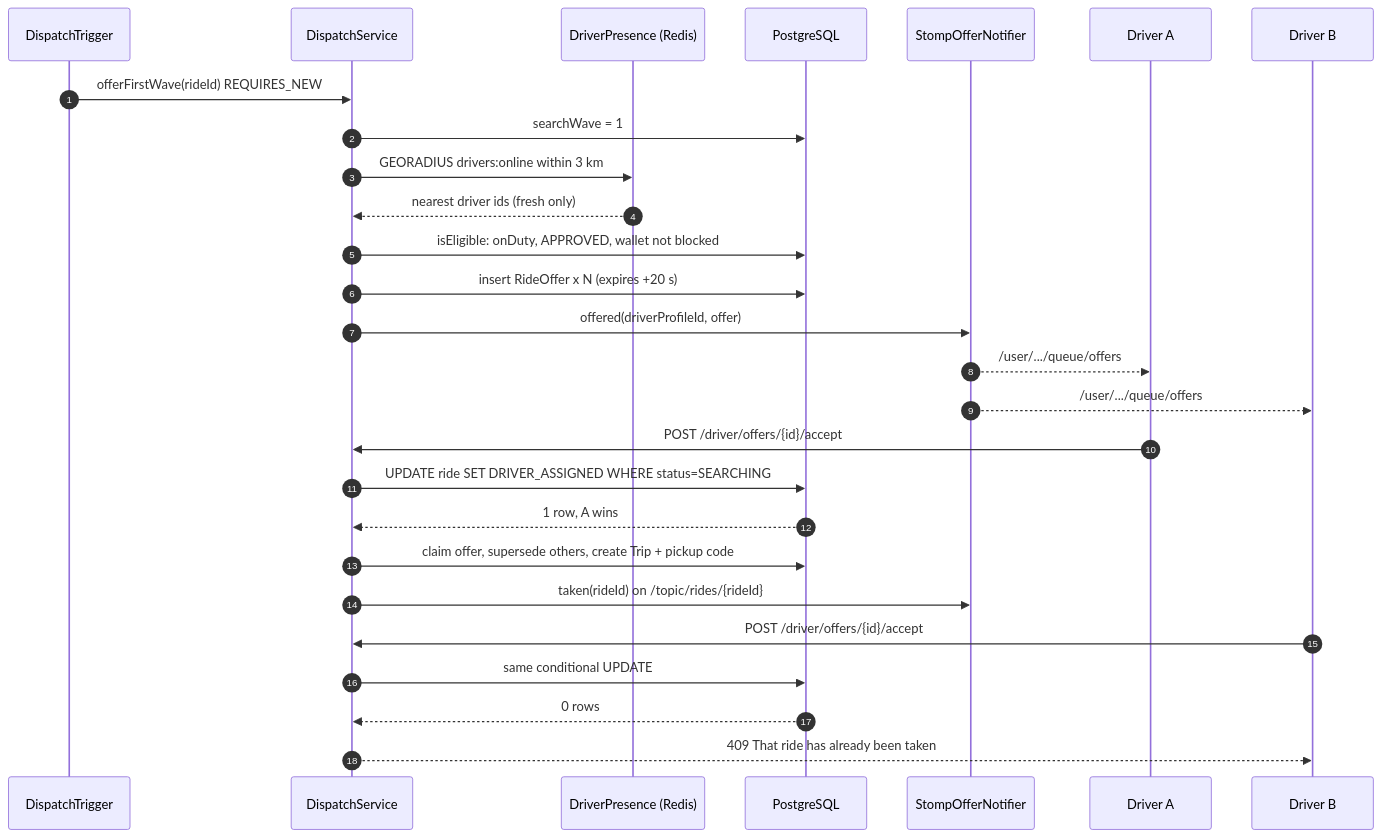
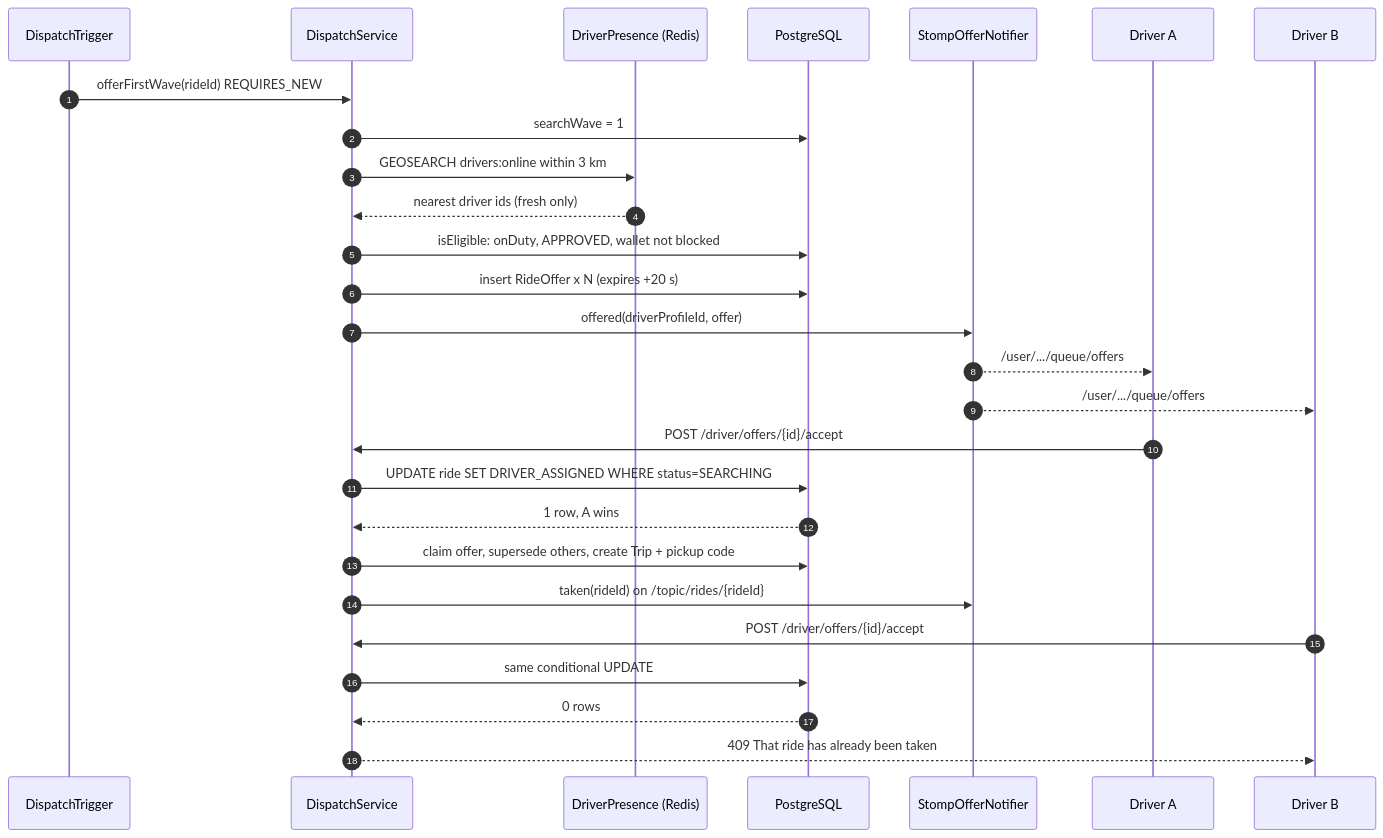
Before and after one commit to kumarprince06/ridex-platform: the sixth of 19 diagrams in docs/35-Runtime-Flow.md, drawn with Mermaid. The commit also changed other lines of this file, not shown here.

Commit message:
docs: runtime flow for payment outbox, sweep and presence

````diff
--- a/docs/35-Runtime-Flow.md
+++ b/docs/35-Runtime-Flow.md
@@ -339,29 +339,29 @@
 ```mermaid
 sequenceDiagram
   autonumber
   participant DT as DispatchTrigger
   participant DS as DispatchService
   participant P as DriverPresence (Redis)
   participant DB as PostgreSQL
   participant N as StompOfferNotifier
   participant D1 as Driver A
   participant D2 as Driver B
   DT->>DS: offerFirstWave(rideId) REQUIRES_NEW
   DS->>DB: searchWave = 1
-  DS->>P: GEORADIUS drivers:online within 3 km
+  DS->>P: GEOSEARCH drivers:online within 3 km
   P-->>DS: nearest driver ids (fresh only)
   DS->>DB: isEligible: onDuty, APPROVED, wallet not blocked
   DS->>DB: insert RideOffer x N (expires +20 s)
   DS->>N: offered(driverProfileId, offer)
   N-->>D1: /user/.../queue/offers
   N-->>D2: /user/.../queue/offers
   D1->>DS: POST /driver/offers/{id}/accept
   DS->>DB: UPDATE ride SET DRIVER_ASSIGNED WHERE status=SEARCHING
   DB-->>DS: 1 row, A wins
   DS->>DB: claim offer, supersede others, create Trip + pickup code
   DS->>N: taken(rideId) on /topic/rides/{rideId}
   D2->>DS: POST /driver/offers/{id}/accept
   DS->>DB: same conditional UPDATE
   DB-->>DS: 0 rows
   DS-->>D2: 409 That ride has already been taken
 ```
````
